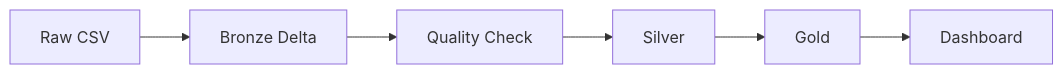
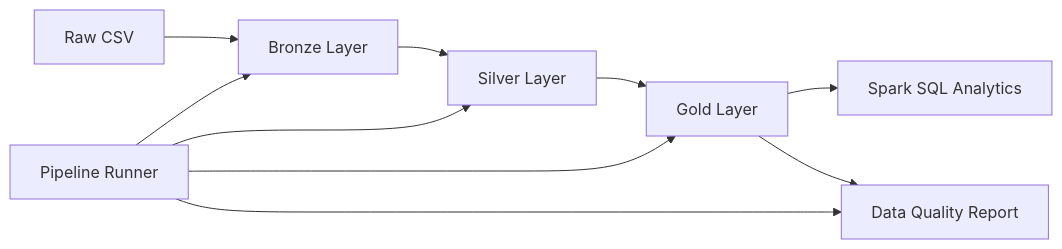
Before and after one commit to naihet/sales-data-pipeline-databricks: the diagram in README.md, drawn with Mermaid. The commit also changed other lines of this file, not shown here.

````diff
--- a/README.md
+++ b/README.md
@@ -12,15 +20,20 @@
 ```mermaid
 flowchart LR
     A[Raw CSV]
-    B[Bronze Delta]
-    C[Quality Check]
-    D[Silver]
-    E[Gold]
-    F[Dashboard]
+    B[Bronze Layer]
+    C[Silver Layer]
+    D[Gold Layer]
+    E[Spark SQL Analytics]
+    F[Data Quality Report]
+    G[Pipeline Runner]
 
     A --> B
     B --> C
     C --> D
     D --> E
-    E --> F
+    D --> F
+    G --> B
+    G --> C
+    G --> D
+    G --> F
 ```
````
